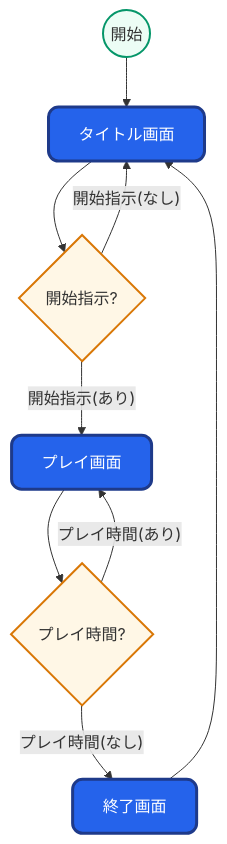
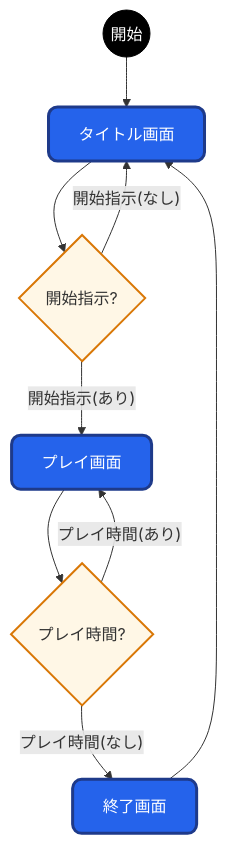
One commit to kureha001/MMP changed the second of 5 diagrams in ゲーム/03_MechHunter/README/30_シーン管理.MD. Above: the diagram before and after it, drawn with Mermaid. The commit also changed other lines of this file and 1 other file, not shown here.

````diff
--- a/ゲーム/03_MechHunter/README/30_シーン管理.MD
+++ b/ゲーム/03_MechHunter/README/30_シーン管理.MD
@@ -36,26 +40,27 @@
 ```mermaid
 flowchart TB
-%% styles
-classDef screen     fill:#e8f4ff,stroke:#2563eb,stroke-width:2px,rx:10,ry:10
-classDef decision   fill:#fff7e6,stroke:#d97706,stroke-width:2px
-classDef startNode  fill:#ecfdf5,stroke:#059669,stroke-width:2px,rx:10,ry:10
-classDef highlight  fill:#2563eb,color:#ffffff,stroke:#1e3a8a,stroke-width:3px,rx:10,ry:10
+%% ==== 書式 ====
+classDef 開始 fill:#000000,color:#ffffff,stroke:#000000;
+classDef 画面 fill:#2563eb,color:#ffffff,stroke:#1e3a8a,stroke-width:3px,rx:9,ry:9;
+classDef サブ fill:#e8f4ff,stroke:#2563eb,stroke-width:2px,rx:9,ry:9;
+classDef 処理 fill:#f5f5f5,stroke:#535353;
+classDef 分岐 fill:#fff7e6,stroke:#d97706,stroke-width:2px;
 
-%% nodes (IDs are ASCII; Japanese labels in brackets)
-start((開始)):::startNode
-title[タイトル画面]:::highlight
-choiceStart{開始指示?}:::decision
-play[プレイ画面]:::highlight
-choiceTime{プレイ時間?}:::decision
-endScr[終了画面]:::highlight
+%% ==== ノード ====
+start((開始)):::開始
+title[タイトル画面]:::画面
+choiceStart{開始指示?}:::分岐
+play[プレイ画面]:::画面
+choiceTime{プレイ時間?}:::分岐
+endScr[終了画面]:::画面
 
-%% flow
+%% ==== 処理順序 ====
 start --> title
 title --> choiceStart
 choiceStart -- 開始指示(なし) --> title
 choiceStart -- 開始指示(あり) --> play
 play --> choiceTime
 choiceTime -- プレイ時間(あり) --> play
 choiceTime -- プレイ時間(なし) --> endScr
 endScr --> title
 ```
````
